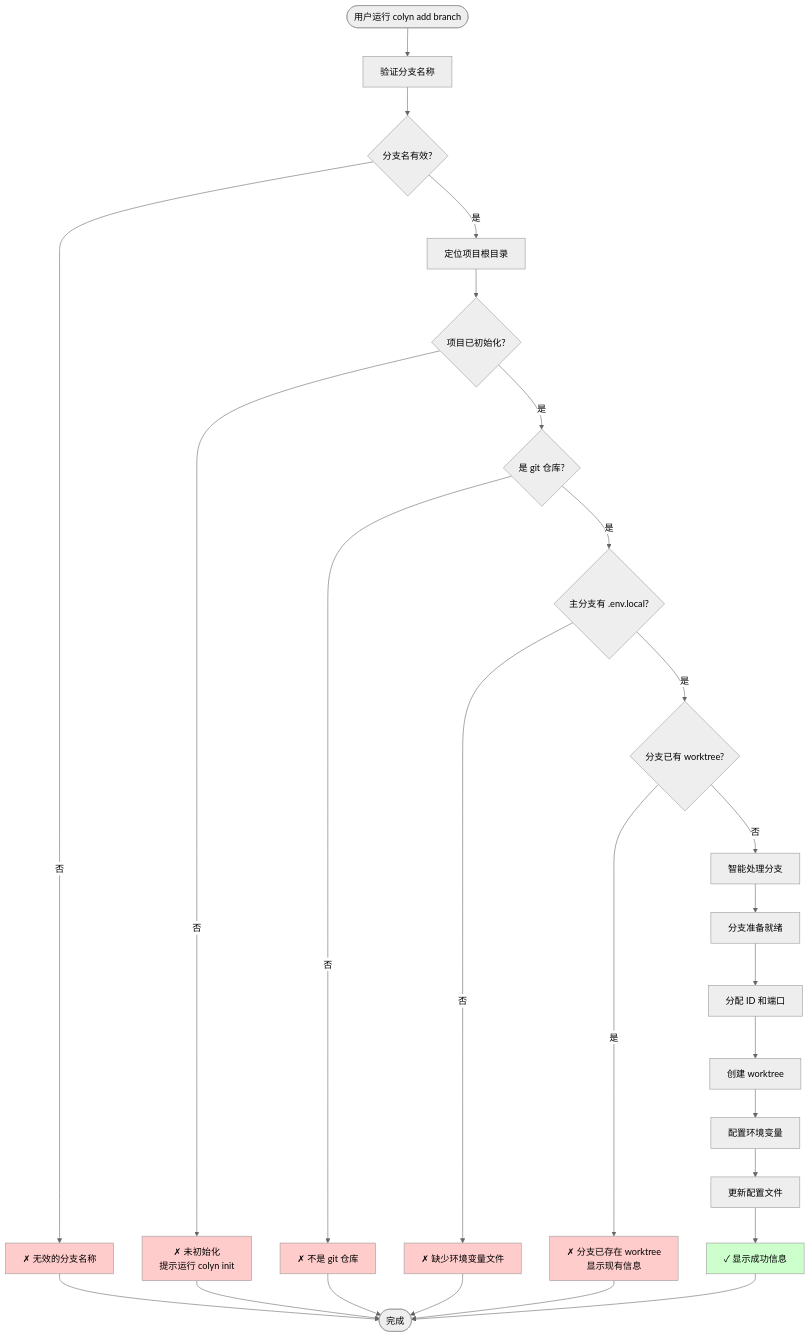
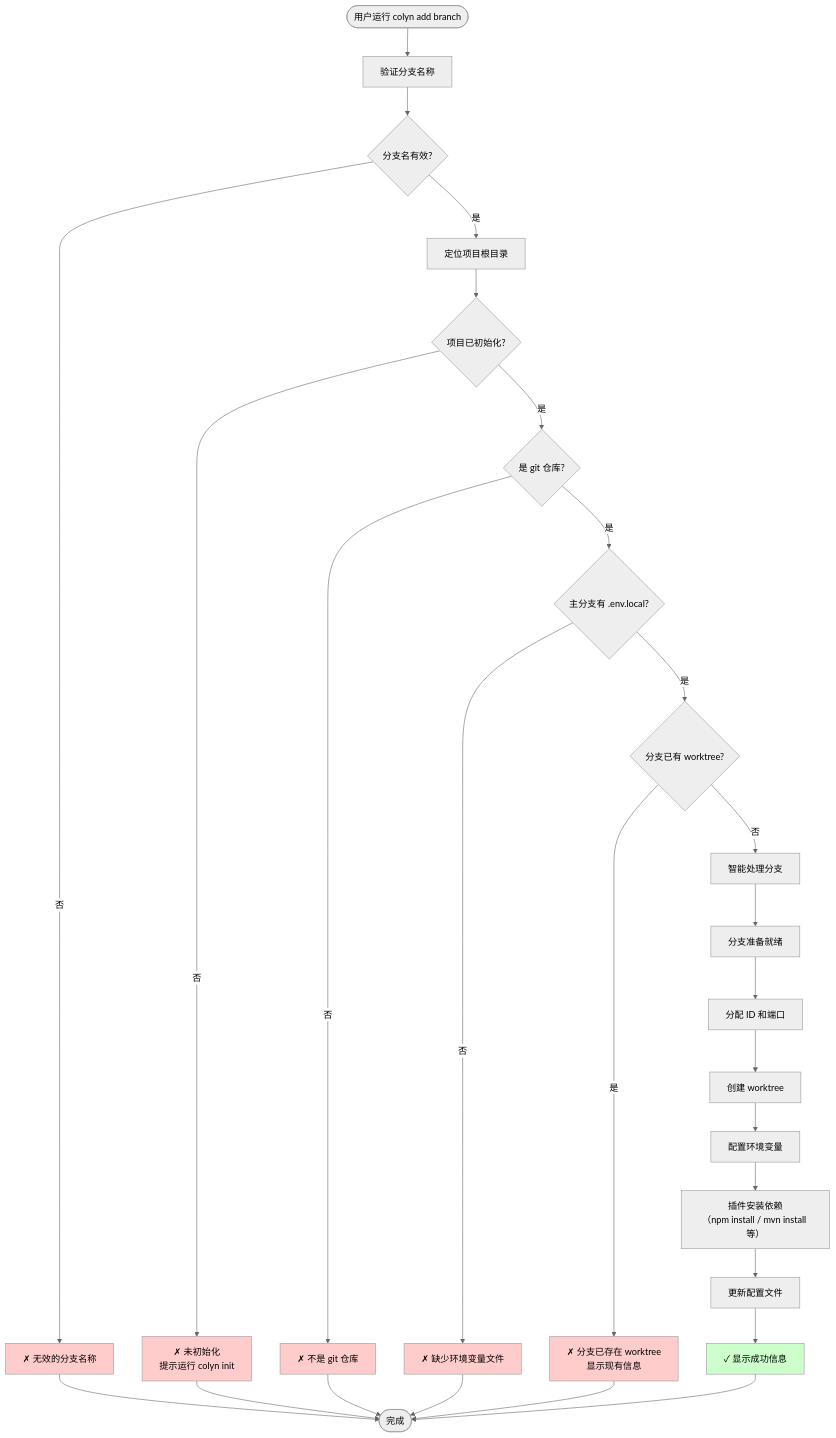
Before and after one commit to colin-han/colyn: the first of 6 diagrams in docs/design-add-command.md, drawn with Mermaid (neutral theme). The commit also changed other lines of this file and 9 other files, not shown here.

````diff
--- a/docs/design-add-command.md
+++ b/docs/design-add-command.md
@@ -143,42 +144,43 @@
 ```mermaid
 graph TD
     Start([用户运行 colyn add branch]) --> Validate[验证分支名称]
 
     Validate --> Valid{分支名有效?}
     Valid -->|否| ErrorInvalid[✗ 无效的分支名称]
     Valid -->|是| FindRoot[定位项目根目录]
 
     FindRoot --> CheckInit{项目已初始化?}
     CheckInit -->|否| ErrorNotInit[✗ 未初始化<br/>提示运行 colyn init]
     CheckInit -->|是| CheckGit{是 git 仓库?}
 
     CheckGit -->|否| ErrorNotGit[✗ 不是 git 仓库]
     CheckGit -->|是| CheckEnv{主分支有 .env.local?}
 
     CheckEnv -->|否| ErrorNoEnv[✗ 缺少环境变量文件]
     CheckEnv -->|是| CheckConflict{分支已有 worktree?}
 
     CheckConflict -->|是| ErrorConflict[✗ 分支已存在 worktree<br/>显示现有信息]
     CheckConflict -->|否| HandleBranch[智能处理分支]
 
     HandleBranch --> BranchReady[分支准备就绪]
     BranchReady --> AssignId[分配 ID 和端口]
     AssignId --> CreateWT[创建 worktree]
     CreateWT --> ConfigEnv[配置环境变量]
-    ConfigEnv --> UpdateConfig[更新配置文件]
+    ConfigEnv --> RunInstall[插件安装依赖<br/>（npm install / mvn install 等）]
+    RunInstall --> UpdateConfig[更新配置文件]
     UpdateConfig --> Success[✓ 显示成功信息]
 
     Success --> End([完成])
     ErrorInvalid --> End
     ErrorNotInit --> End
     ErrorNotGit --> End
     ErrorNoEnv --> End
     ErrorConflict --> End
 
     style ErrorInvalid fill:#ffcccc
     style ErrorNotInit fill:#ffcccc
     style ErrorNotGit fill:#ffcccc
     style ErrorNoEnv fill:#ffcccc
     style ErrorConflict fill:#ffcccc
     style Success fill:#ccffcc
 ```
````
